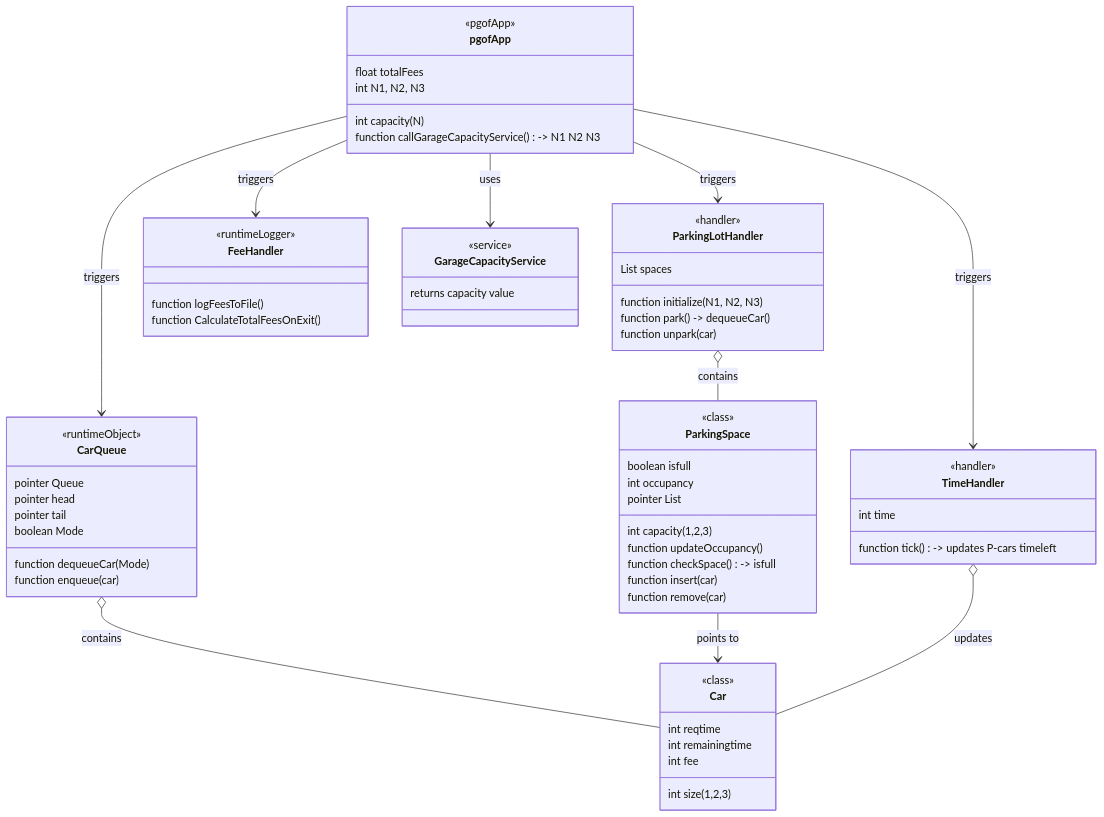
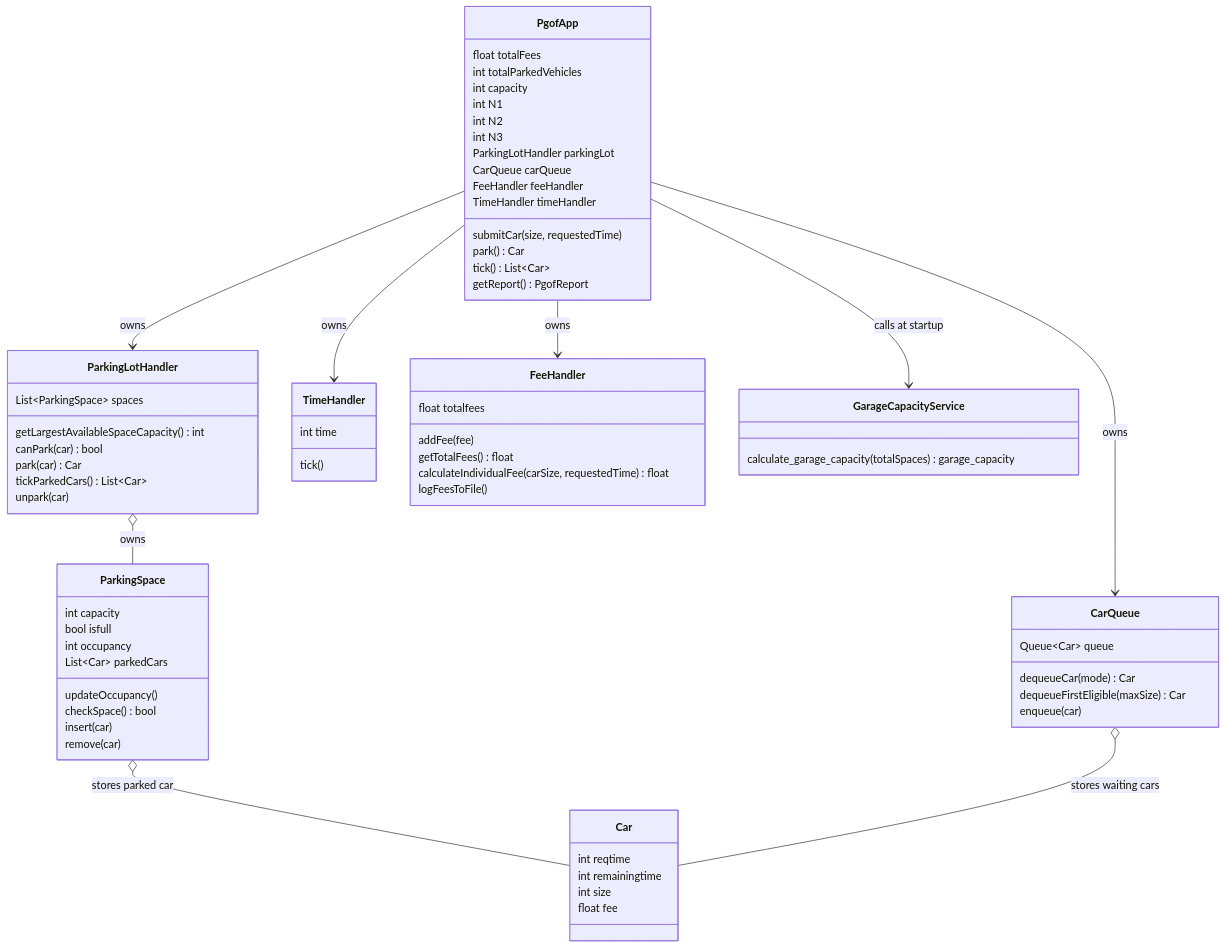
The first of 2 diagrams in design.md (sanleches/PGOF), drawn with Mermaid before and after one commit. The commit also changed other lines of this file, not shown here.

Commit message:
Update design documentation: enhance definitions, clarify runtime rules, and improve UML diagrams

````diff
--- a/design.md
+++ b/design.md
@@ -20,79 +130,79 @@
 ```mermaid
 classDiagram
-    class pgofApp {
-        <<pgofApp>>
+    class PgofApp {
         float totalFees
-        int capacity (N)
-        int N1, N2, N3
-        function callGarageCapacityService() -> N1 N2 N3
+        int totalParkedVehicles
+        int capacity
+        int N1
+        int N2
+        int N3
+        ParkingLotHandler parkingLot
+        CarQueue carQueue
+        FeeHandler feeHandler
+        TimeHandler timeHandler
+        submitCar(size, requestedTime)
+        park() Car
+        tick() List~Car~
+        getReport() PgofReport
     }
 
     class ParkingLotHandler {
-        <<handler>>
-        List<ParkingSpace> spaces
-        function initialize(N1, N2, N3)
-        function park() -> dequeueCar()
-        function unpark(car)
+        List~ParkingSpace~ spaces
+        getLargestAvailableSpaceCapacity() int
+        canPark(car) bool
+        park(car) Car
+        tickParkedCars() List~Car~
+        unpark(car)
     }
 
     class ParkingSpace {
-        <<class>>
-        int capacity (1,2,3)
-        boolean isfull
+        int capacity
+        bool isfull
         int occupancy
-        
-        pointer List<Car>
-        
-        function updateOccupancy()
-        function checkSpace() -> isfull
-        function insert(car)
-        function remove(car)
+        List~Car~ parkedCars
+        updateOccupancy()
+        checkSpace() bool
+        insert(car)
+        remove(car)
+    }
+
+    class CarQueue {
+        Queue~Car~ queue
+        dequeueCar(mode) Car
+        dequeueFirstEligible(maxSize) Car
+        enqueue(car)
     }
 
     class TimeHandler {
-        <<handler>>
         int time
+        tick()
+    }
 
-        function tick() -> updates P-cars timeleft
+    class FeeHandler {
+        float totalfees
+        addFee(fee)
+        getTotalFees() float
+        calculateIndividualFee(carSize, requestedTime) float
+        logFeesToFile()
+    }
+
+    class GarageCapacityService {
+        calculate_garage_capacity(totalSpaces) garage_capacity
     }
 
     class Car {
-        <<class>>
         int reqtime
         int remainingtime
-        int size (1,2,3)
-        int fee
+        int size
+        float fee
     }
 
-    class CarQueue {
-        <<runtimeObject>>
-        pointer Queue<Car>
-        pointer head
-        pointer tail
-        boolean Mode
-
-        function dequeueCar(Mode)
-        function enqueue(car)
-    }
-
-    class FeeHandler {
-        <<runtimeLogger>>
-        function logFeesToFile()
-        function CalculateTotalFeesOnExit()
-    }
-
-    class GarageCapacityService {
-        <<service>>
-        returns capacity value
-    }
-
-    pgofApp --> ParkingLotHandler : triggers
-    pgofApp --> CarQueue : triggers
-    pgofApp --> FeeHandler : triggers
-    pgofApp --> TimeHandler : triggers
-    pgofApp --> GarageCapacityService : uses
-    ParkingLotHandler o-- ParkingSpace : contains
-    CarQueue o-- Car : contains
-    ParkingSpace --> Car : points to
-    TimeHandler o-- Car : updates
+    PgofApp --> ParkingLotHandler : owns
+    PgofApp --> CarQueue : owns
+    PgofApp --> FeeHandler : owns
+    PgofApp --> TimeHandler : owns
+    PgofApp --> GarageCapacityService : calls at startup
+    ParkingLotHandler o-- ParkingSpace : owns
+    ParkingSpace o-- Car : stores parked car
+    CarQueue o-- Car : stores waiting cars
 ```
````
